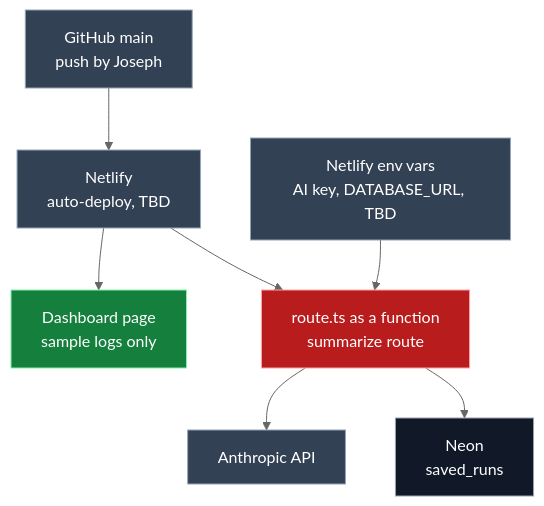
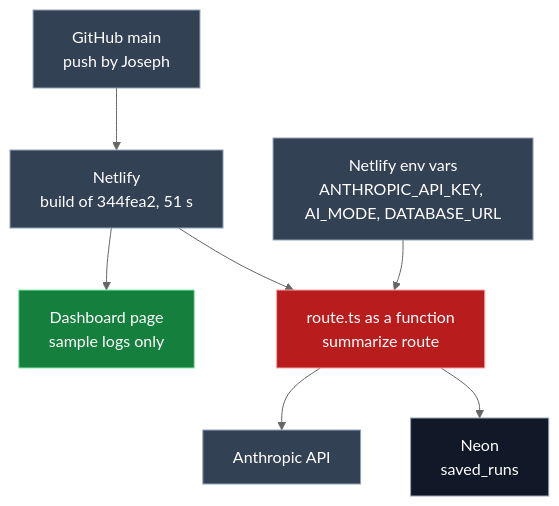
Diagram 19 of 19 in PROMPT_LOG.md (ClayClimate-AI/honeypot-log-analyzer), drawn with Mermaid (neutral theme) before and after one commit. The commit also changed other lines of this file and 6 other files, not shown here.

Commit message:
docs: #14 final review, README diagram and badges, PROMPT_LOG Entry 19

````diff
--- a/PROMPT_LOG.md
+++ b/PROMPT_LOG.md
@@ -1264,13 +1284,13 @@
 ```mermaid
 flowchart TD
-  G[GitHub main<br/>push by Joseph]:::run --> N[Netlify<br/>auto-deploy, TBD]:::run
+  G[GitHub main<br/>push by Joseph]:::run --> N[Netlify<br/>build of 344fea2, 51 s]:::run
   N --> P[Dashboard page<br/>sample logs only]:::ui
   N --> F[route.ts as a function<br/>summarize route]:::server
-  E[Netlify env vars<br/>AI key, DATABASE_URL, TBD]:::run --> F
+  E[Netlify env vars<br/>ANTHROPIC_API_KEY, AI_MODE, DATABASE_URL]:::run --> F
   F --> X[Anthropic API]:::run
   F --> D[Neon<br/>saved_runs]:::db
   classDef run fill:#334155,color:#fff,stroke:#94a3b8
   classDef ui fill:#15803d,color:#fff,stroke:#86efac
   classDef server fill:#b91c1c,color:#fff,stroke:#fca5a5
   classDef db fill:#111827,color:#fff,stroke:#9ca3af
 ```
````
